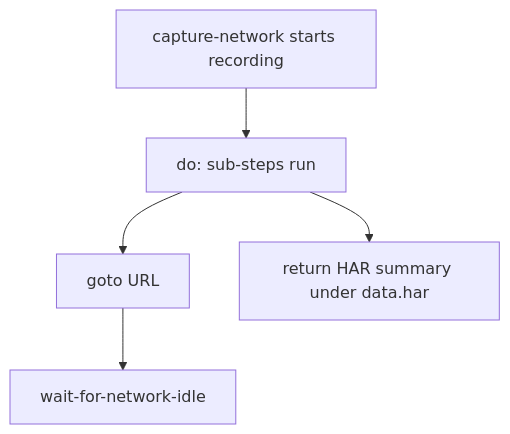
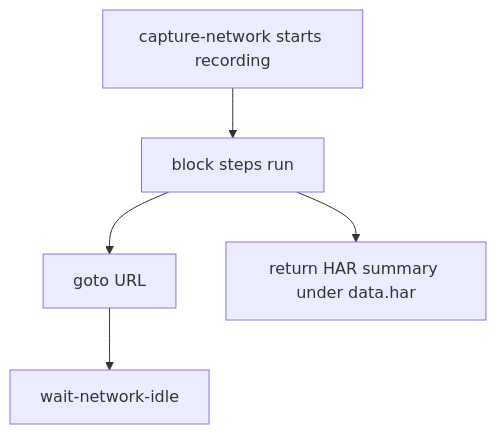
One commit to olivierdevelops/webtasks changed the diagram in docs/demos/network.md. Above: the diagram before and after it, drawn with Mermaid. The commit also changed other lines of this file and 72 other files, not shown here.

````diff
--- a/docs/demos/network.md
+++ b/docs/demos/network.md
@@ -30,12 +26,12 @@
 ```mermaid
 flowchart TD
     Start[capture-network starts recording]
-    Do["do: sub-steps run"]
+    Body["block steps run"]
     Goto[goto URL]
-    Idle[wait-for-network-idle]
+    Idle[wait-network-idle]
     Stop[return HAR summary under data.har]
 
-    Start --> Do
-    Do --> Goto --> Idle
-    Do --> Stop
+    Start --> Body
+    Body --> Goto --> Idle
+    Body --> Stop
 ```
````
